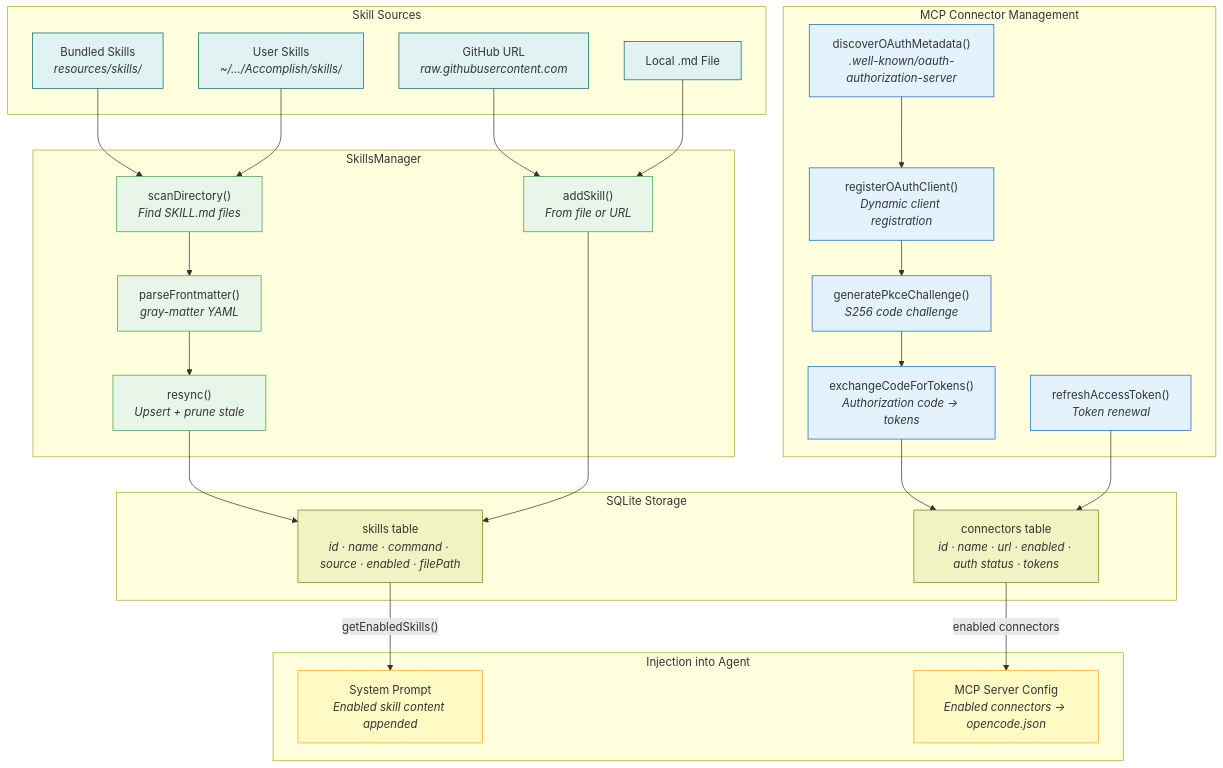
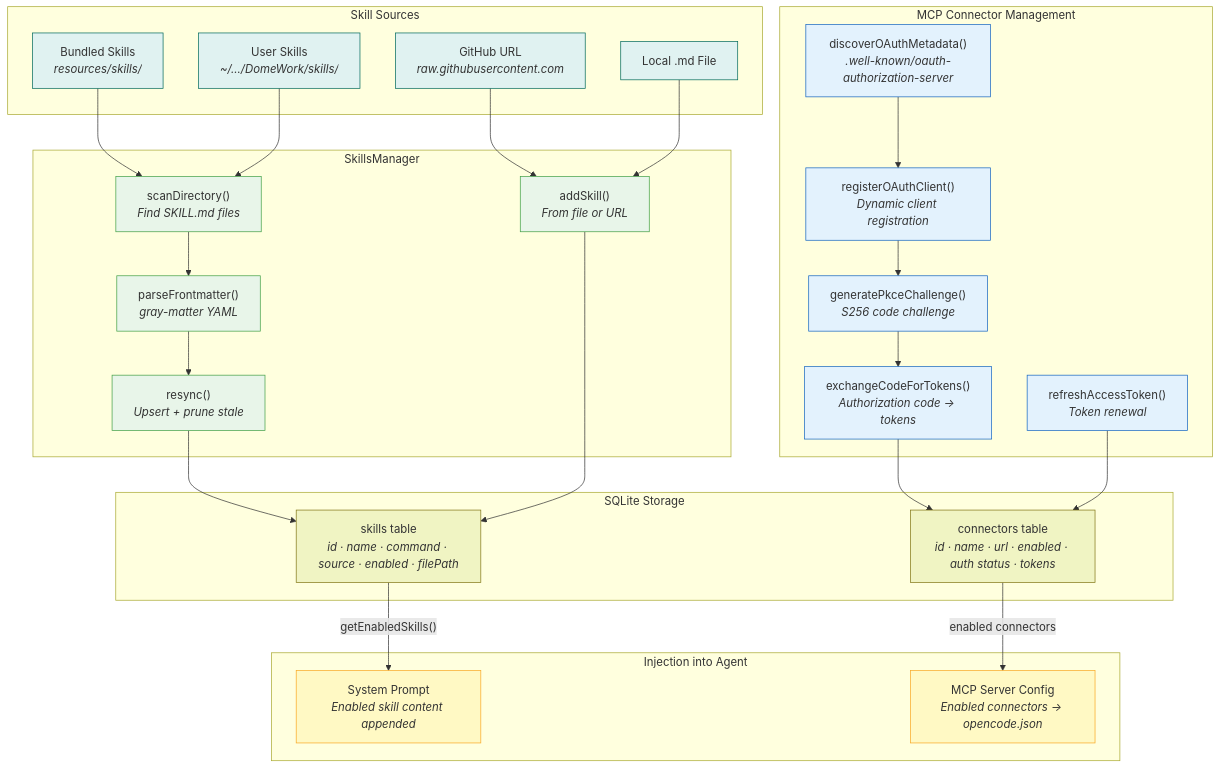
The seventh of 8 diagrams in docs/functional-viewpoint.md (dome/accomplish), drawn with Mermaid before and after one commit. The commit also changed other lines of this file and 89 other files, not shown here.

Commit message:
ci: add GitHub Actions workflow for DomeWork binary builds

````diff
--- a/docs/functional-viewpoint.md
+++ b/docs/functional-viewpoint.md
@@ -507,64 +507,64 @@
 ```mermaid
 graph TB
   subgraph SOURCES["Skill Sources"]
     BUNDLED["Bundled Skills<br/><i>resources/skills/</i>"]
-    USER_DIR["User Skills<br/><i>~/.../Accomplish/skills/</i>"]
+    USER_DIR["User Skills<br/><i>~/.../DomeWork/skills/</i>"]
     GITHUB["GitHub URL<br/><i>raw.githubusercontent.com</i>"]
     LOCAL_FILE["Local .md File"]
   end
 
   subgraph SKILLS_MGR["SkillsManager"]
     SCAN["scanDirectory()<br/><i>Find SKILL.md files</i>"]
     PARSE["parseFrontmatter()<br/><i>gray-matter YAML</i>"]
     SYNC["resync()<br/><i>Upsert + prune stale</i>"]
     ADD["addSkill()<br/><i>From file or URL</i>"]
   end
 
   subgraph CONNECTORS["MCP Connector Management"]
     DISC["discoverOAuthMetadata()<br/><i>.well-known/oauth-authorization-server</i>"]
     REG["registerOAuthClient()<br/><i>Dynamic client registration</i>"]
     PKCE["generatePkceChallenge()<br/><i>S256 code challenge</i>"]
     TOKEN["exchangeCodeForTokens()<br/><i>Authorization code → tokens</i>"]
     REFRESH["refreshAccessToken()<br/><i>Token renewal</i>"]
   end
 
   subgraph DB["SQLite Storage"]
     SKILLS_TBL["skills table<br/><i>id · name · command · source · enabled · filePath</i>"]
     CONN_TBL["connectors table<br/><i>id · name · url · enabled · auth status · tokens</i>"]
   end
 
   subgraph INJECTION["Injection into Agent"]
     SYS_PROMPT["System Prompt<br/><i>Enabled skill content appended</i>"]
     MCP_CONF["MCP Server Config<br/><i>Enabled connectors → opencode.json</i>"]
   end
 
   BUNDLED --> SCAN
   USER_DIR --> SCAN
   GITHUB --> ADD
   LOCAL_FILE --> ADD
   SCAN --> PARSE
   PARSE --> SYNC
   SYNC --> SKILLS_TBL
   ADD --> SKILLS_TBL
 
   DISC --> REG
   REG --> PKCE
   PKCE --> TOKEN
   TOKEN --> CONN_TBL
   REFRESH --> CONN_TBL
 
   SKILLS_TBL -->|"getEnabledSkills()"| SYS_PROMPT
   CONN_TBL -->|"enabled connectors"| MCP_CONF
 
   classDef source fill:#e0f2f1,stroke:#00695c
   classDef mgr fill:#e8f5e9,stroke:#43a047
   classDef conn fill:#e3f2fd,stroke:#1565c0
   classDef db fill:#f0f4c3,stroke:#827717
   classDef inject fill:#fff9c4,stroke:#f9a825
 
   class BUNDLED,USER_DIR,GITHUB,LOCAL_FILE source
   class SCAN,PARSE,SYNC,ADD mgr
   class DISC,REG,PKCE,TOKEN,REFRESH conn
   class SKILLS_TBL,CONN_TBL db
   class SYS_PROMPT,MCP_CONF inject
 ```
````
